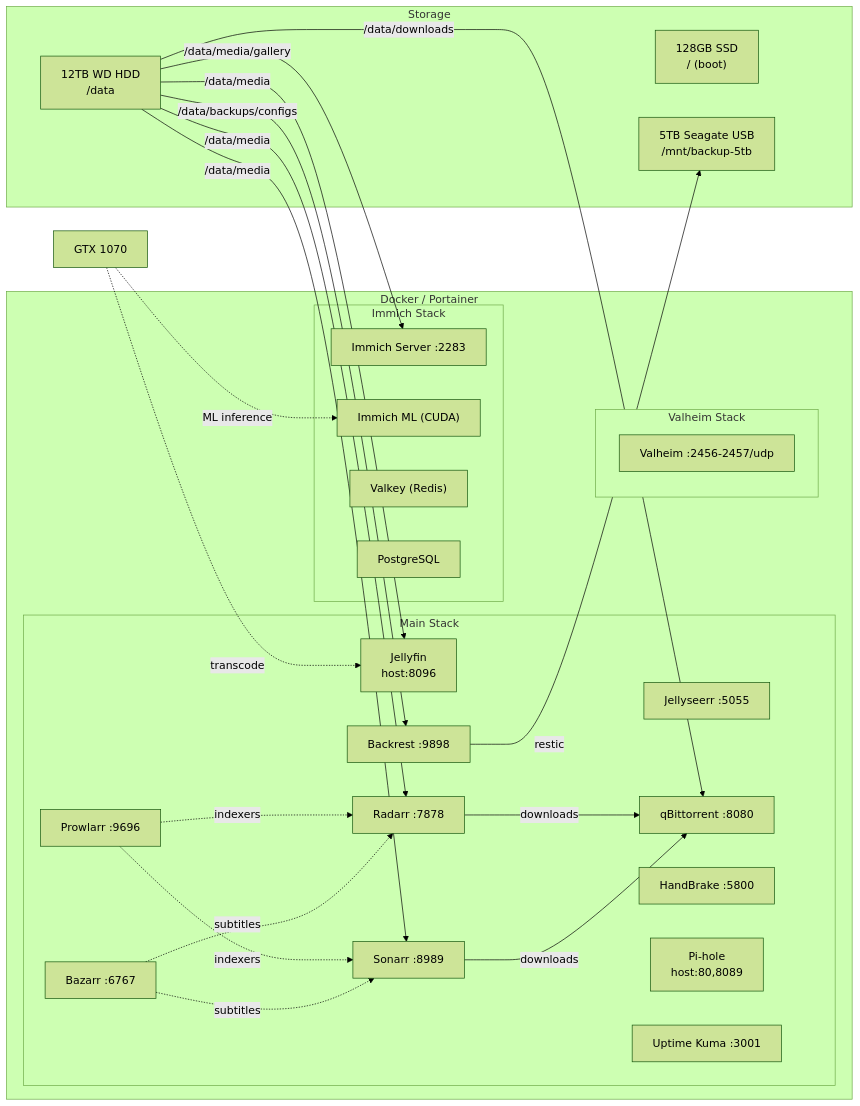
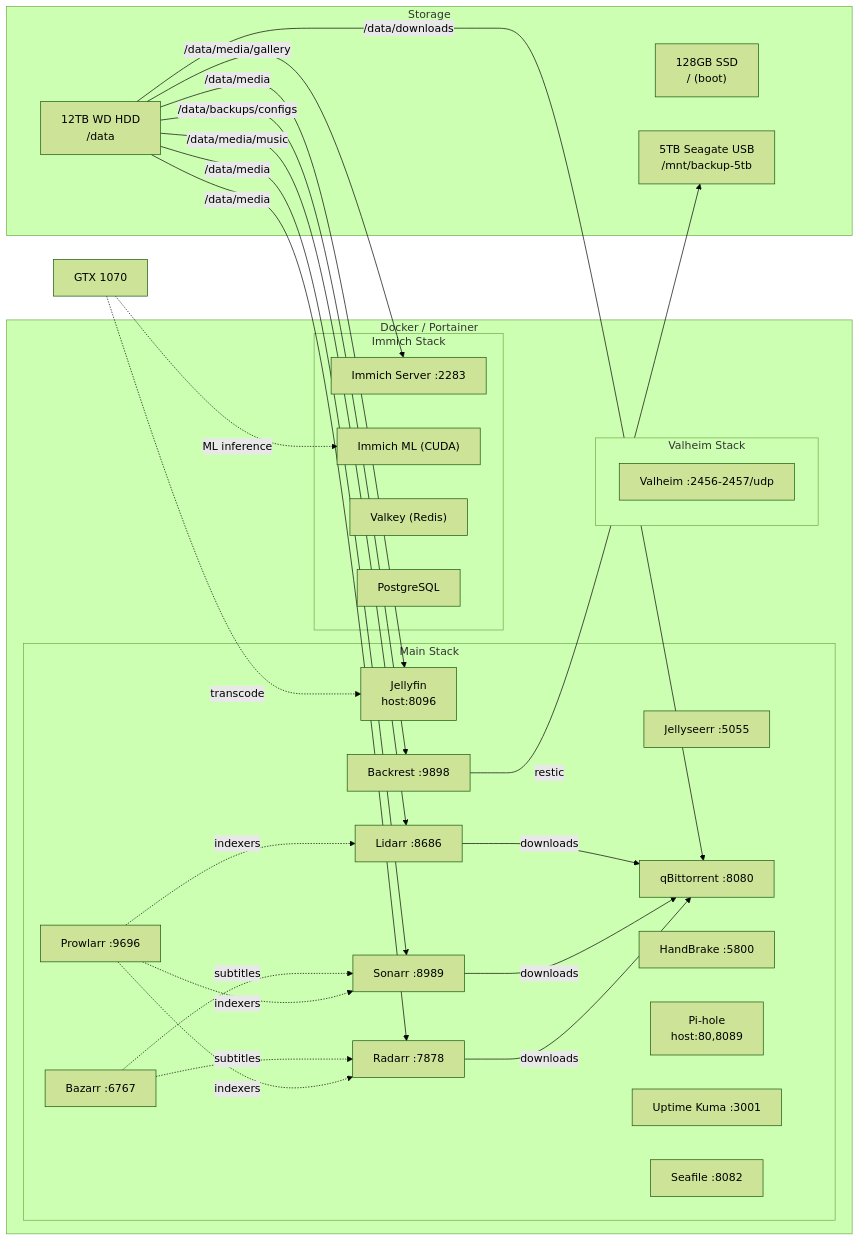
One commit to Geckuss/bigmt-mediaserver changed the second of 3 diagrams in README.md. Above: the diagram before and after it, drawn with Mermaid (forest theme). The commit also changed other lines of this file and 5 other files, not shown here.

Commit message:
add lidarr & seafile, update documentation

````diff
--- a/README.md
+++ b/README.md
@@ -36,54 +36,59 @@
 ```mermaid
 graph LR
     subgraph Portainer["Docker / Portainer"]
         subgraph main["Main Stack"]
             Jellyfin["Jellyfin<br/>host:8096"]
             Radarr["Radarr :7878"]
             Sonarr["Sonarr :8989"]
             Bazarr["Bazarr :6767"]
+            Lidarr["Lidarr :8686"]
             Prowlarr["Prowlarr :9696"]
             Jellyseerr["Jellyseerr :5055"]
             qBit["qBittorrent :8080"]
             HandBrake["HandBrake :5800"]
             Pihole["Pi-hole<br/>host:80,8089"]
             Backrest["Backrest :9898"]
             Kuma["Uptime Kuma :3001"]
+            Seafile["Seafile :8082"]
         end
         subgraph immich["Immich Stack"]
             ImmichSrv["Immich Server :2283"]
             ImmichML["Immich ML (CUDA)"]
             Redis["Valkey (Redis)"]
             Postgres["PostgreSQL"]
         end
         subgraph valheim["Valheim Stack"]
             VH["Valheim :2456-2457/udp"]
         end
     end
 
     subgraph Storage
         SSD["128GB SSD<br/>/  (boot)"]
         HDD["12TB WD HDD<br/>/data"]
         Backup["5TB Seagate USB<br/>/mnt/backup-5tb"]
     end
 
     GPU["GTX 1070"]
 
     GPU -.->|transcode| Jellyfin
     GPU -.->|ML inference| ImmichML
 
     HDD -->|/data/media| Jellyfin
     HDD -->|/data/media| Radarr
     HDD -->|/data/media| Sonarr
+    HDD -->|/data/media/music| Lidarr
     HDD -->|/data/downloads| qBit
     HDD -->|/data/backups/configs| Backrest
     HDD -->|/data/media/gallery| ImmichSrv
 
     Prowlarr -.->|indexers| Radarr
     Prowlarr -.->|indexers| Sonarr
+    Prowlarr -.->|indexers| Lidarr
     Radarr -->|downloads| qBit
     Sonarr -->|downloads| qBit
+    Lidarr -->|downloads| qBit
     Bazarr -.->|subtitles| Radarr
     Bazarr -.->|subtitles| Sonarr
 
     Backrest -->|restic| Backup
 ```
````
